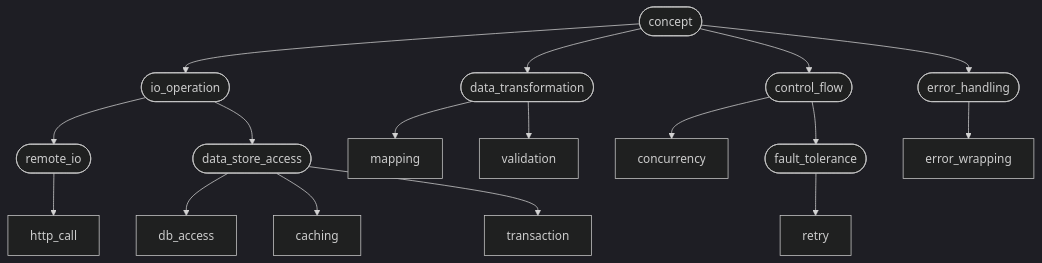
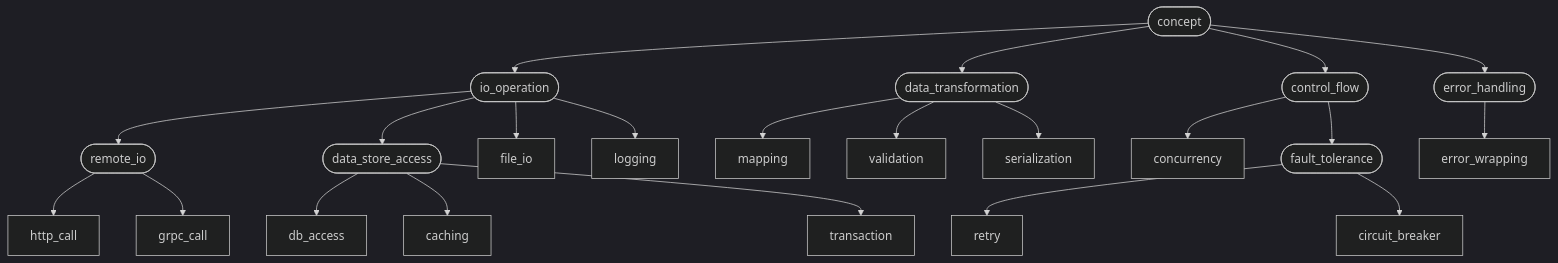
The fourth of 7 diagrams in .github/wiki/how-it-works.md (LukasSelin/doppel), drawn with Mermaid (dark theme) before and after one commit. The commit also changed other lines of this file and 21 other files, not shown here.

````diff
--- a/.github/wiki/how-it-works.md
+++ b/.github/wiki/how-it-works.md
@@ -115,32 +116,37 @@
 ```mermaid
 flowchart TD
     root(["concept"])
     io(["io_operation"])
     remote(["remote_io"])
     store(["data_store_access"])
     xform(["data_transformation"])
     ctrl(["control_flow"])
     fault(["fault_tolerance"])
     err(["error_handling"])
 
     root --> io
     root --> xform
     root --> ctrl
     root --> err
 
     io --> remote
     io --> store
+    io --> file_io["file_io"]
+    io --> logging["logging"]
     remote --> http_call["http_call"]
+    remote --> grpc_call["grpc_call"]
     store --> db_access["db_access"]
     store --> caching["caching"]
     store --> transaction["transaction"]
 
     xform --> mapping["mapping"]
     xform --> validation["validation"]
+    xform --> serialization["serialization"]
 
     ctrl --> concurrency["concurrency"]
     ctrl --> fault
     fault --> retry["retry"]
+    fault --> circuit_breaker["circuit_breaker"]
 
     err --> error_wrapping["error_wrapping"]
 ```
````
